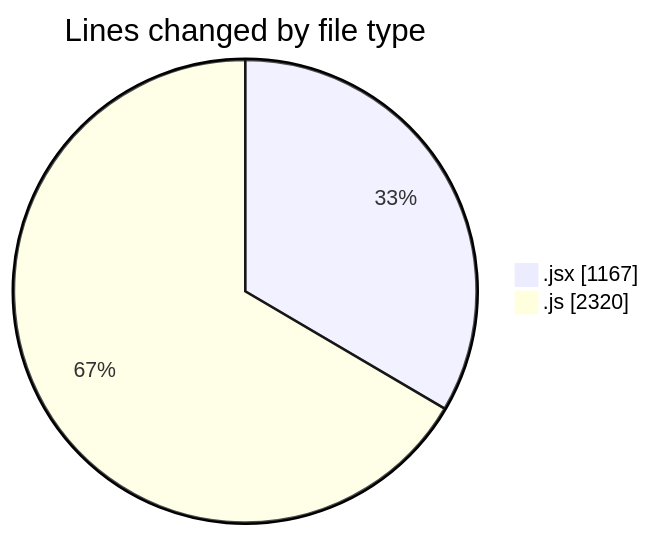
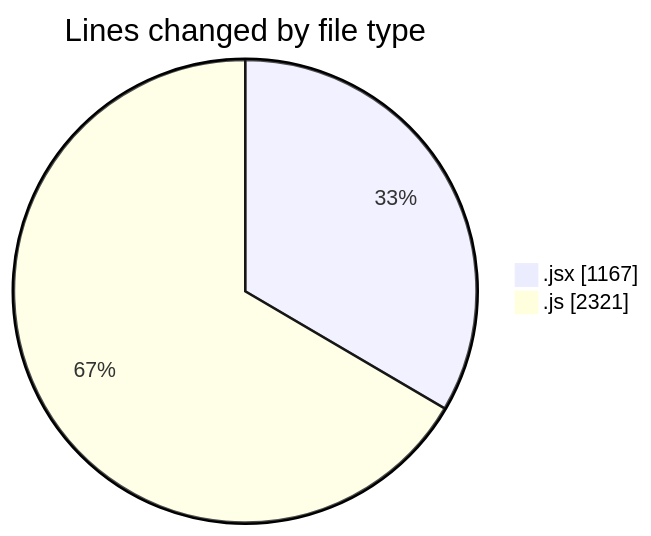
The first of 2 diagrams in 2025-12-08/nxtqube_webapp/README.md (nxtqubesakshisongat/code-tracking), drawn with Mermaid before and after one commit. The commit also changed other lines of this file and 1 other file, not shown here.

````diff
--- a/2025-12-08/nxtqube_webapp/README.md
+++ b/2025-12-08/nxtqube_webapp/README.md
@@ -25,6 +25,6 @@
 ```mermaid
 pie showData
 title Lines changed by file type
 ".jsx" : 1167
-".js" : 2320
+".js" : 2321
 ```
````
